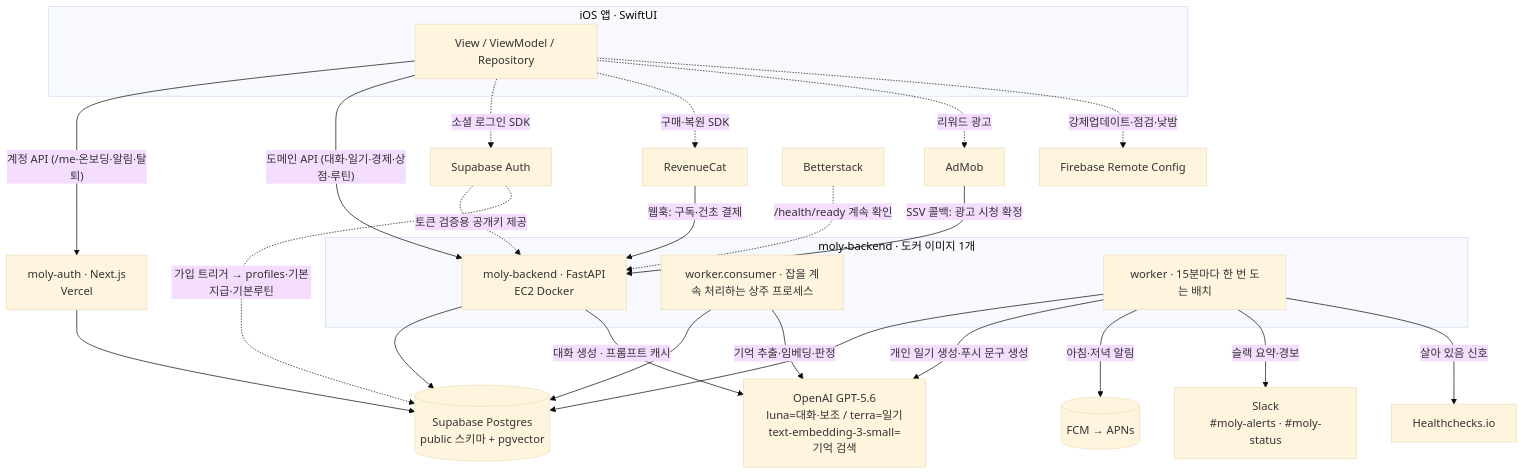
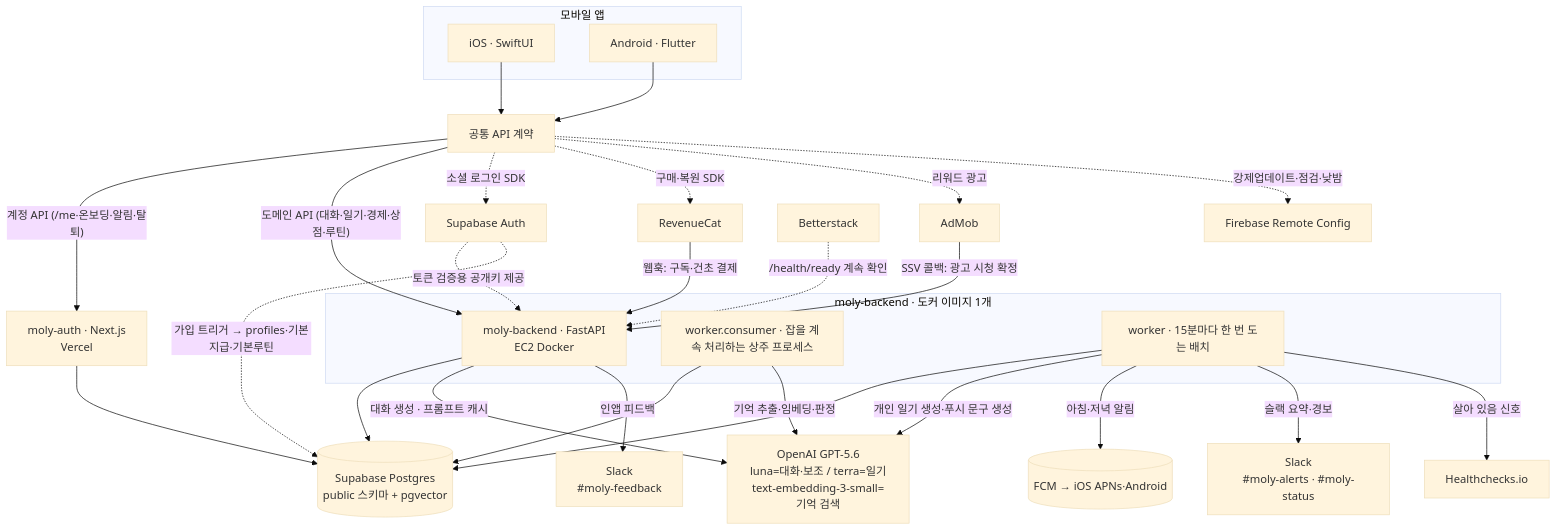
Before and after one commit to SOMA-OneTwoThree/moly-backend: the first of 2 diagrams in docs/ARCHITECTURE.md, drawn with Mermaid (base theme). The commit also changed other lines of this file and 62 other files, not shown here.

````diff
--- a/docs/ARCHITECTURE.md
+++ b/docs/ARCHITECTURE.md
@@ -59,37 +62,41 @@
 ```mermaid
 flowchart TB
-  subgraph C[iOS 앱 · SwiftUI]
-    V[View / ViewModel / Repository]
+  subgraph C[모바일 앱]
+    IOS[iOS · SwiftUI]
+    AND[Android · Flutter]
   end
+  IOS --> V[공통 API 계약]
+  AND --> V
   V -->|"계정 API (/me·온보딩·알림·탈퇴)"| AUTH[moly-auth · Next.js<br/>Vercel]
   V -->|"도메인 API (대화·일기·경제·상점·루틴)"| API[moly-backend · FastAPI<br/>EC2 Docker]
   V -.->|소셜 로그인 SDK| SA[Supabase Auth]
   V -.->|구매·복원 SDK| RC[RevenueCat]
   V -.->|리워드 광고| AD[AdMob]
   V -.->|강제업데이트·점검·낮밤| FB[Firebase Remote Config]
 
   subgraph BE[moly-backend · 도커 이미지 1개]
     API
     W1[worker.consumer · 잡을 계속 처리하는 상주 프로세스]
     W2[worker · 15분마다 한 번 도는 배치]
   end
 
   AUTH --> DB[(Supabase Postgres<br/>public 스키마 + pgvector)]
   API --> DB
   W1 --> DB
   W2 --> DB
   SA -. 토큰 검증용 공개키 제공 .-> API
   SA -. 가입 트리거 → profiles·기본지급·기본루틴 .-> DB
 
   API -->|"대화 생성 · 프롬프트 캐시"| OAI["OpenAI GPT-5.6<br/>luna=대화·보조 / terra=일기<br/>text-embedding-3-small=기억 검색"]
   W1 -->|"기억 추출·임베딩·판정"| OAI
   W2 -->|"개인 일기 생성·푸시 문구 생성"| OAI
-  W2 -->|아침·저녁 알림| FCM[(FCM → APNs)]
+  W2 -->|아침·저녁 알림| FCM[(FCM → iOS APNs·Android)]
 
   RC -->|웹훅: 구독·건초 결제| API
   AD -->|SSV 콜백: 광고 시청 확정| API
 
   W2 -->|"슬랙 요약·경보"| SLK[Slack<br/>#moly-alerts · #moly-status]
+  API -->|"인앱 피드백"| SLKF[Slack<br/>#moly-feedback]
   W2 -->|"살아 있음 신호"| HC[Healthchecks.io]
   BS[Betterstack] -.->|"/health/ready 계속 확인"| API
 ```
````
